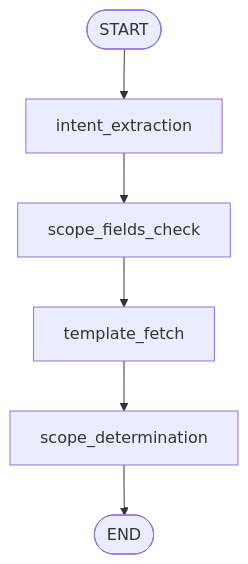
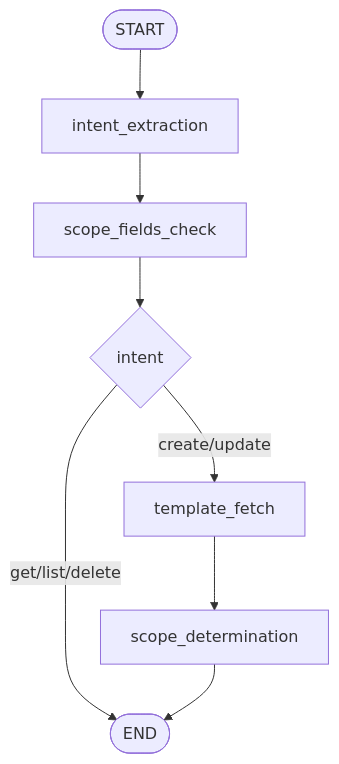
The first of 5 diagrams in README.md (eosho/ARMA), drawn with Mermaid before and after one commit. The commit also changed other lines of this file and 6 other files, not shown here.

````diff
--- a/README.md
+++ b/README.md
@@ -68,8 +69,10 @@
 ```mermaid
 flowchart TD
     START([START]) --> intent_extraction
     intent_extraction --> scope_fields_check
-    scope_fields_check --> template_fetch
+    scope_fields_check --> decision{intent}
+    decision -- create/update --> template_fetch
+    decision -- get/list/delete --> END([END])
     template_fetch --> scope_determination
     scope_determination --> END([END])
 ```
````
